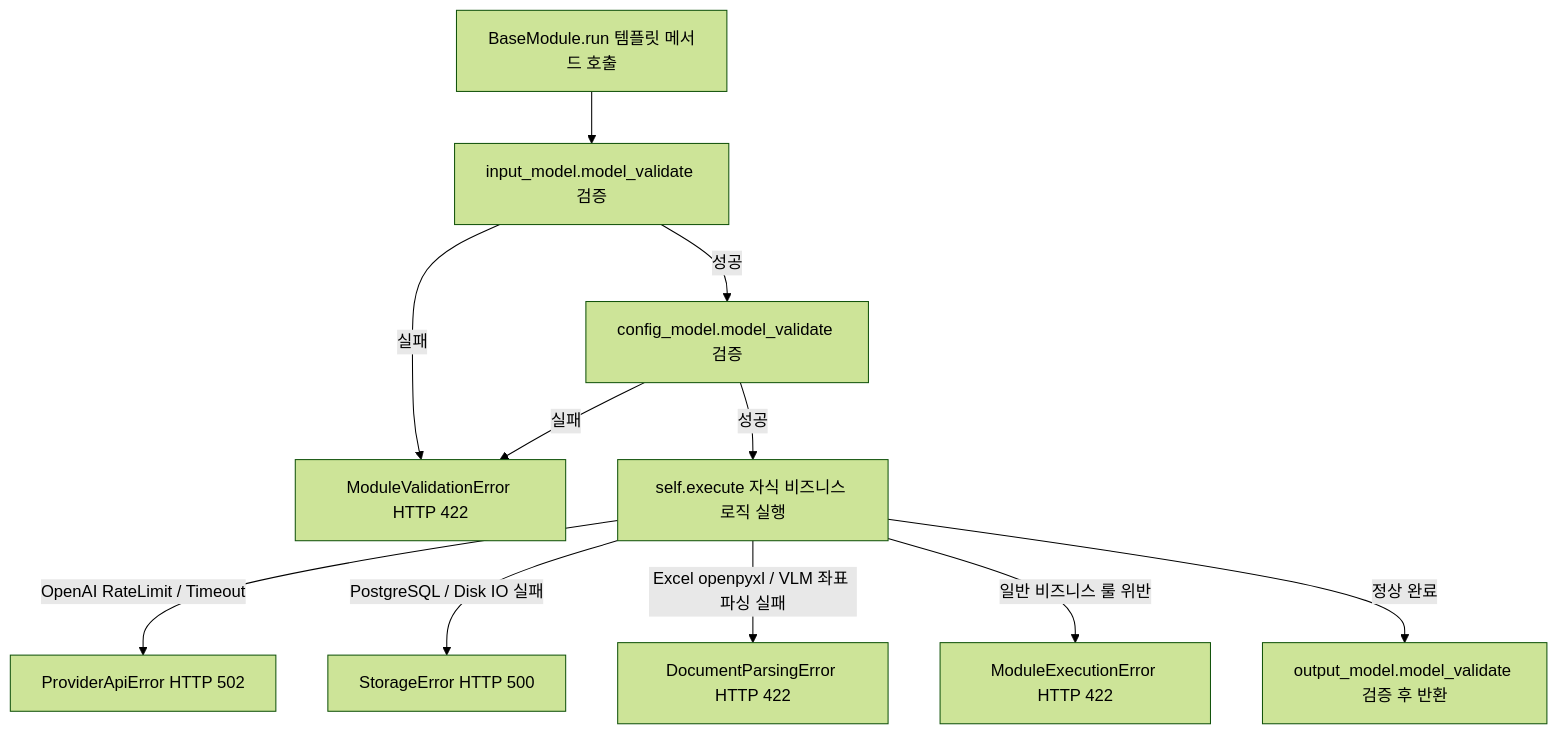
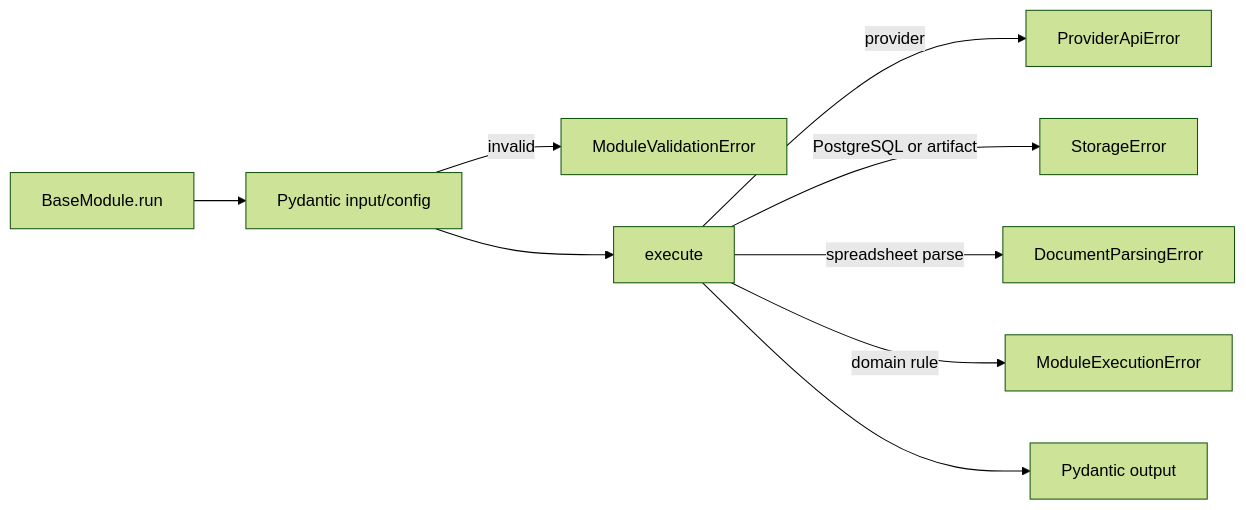
One commit to bist-mini-final/bist-mini-final changed the second of 2 diagrams in docs/MODULE_HIERARCHY_ARCHITECTURE.md. Above: the diagram before and after it, drawn with Mermaid (forest theme). The commit also changed other lines of this file and 247 other files, not shown here.

Commit message:
refactor: restructure backend BI architecture, centralize API contracts, and modernize worker management systems

````diff
--- a/docs/MODULE_HIERARCHY_ARCHITECTURE.md
+++ b/docs/MODULE_HIERARCHY_ARCHITECTURE.md
@@ -165,14 +84,11 @@
 ```mermaid
-graph TD
-    A[BaseModule.run 템플릿 메서드 호출] --> B[input_model.model_validate 검증]
-    B -- 실패 --> V[ModuleValidationError HTTP 422]
-    B -- 성공 --> C[config_model.model_validate 검증]
-    C -- 실패 --> V
-    C -- 성공 --> D[self.execute 자식 비즈니스 로직 실행]
-    
-    D -- OpenAI RateLimit / Timeout --> P[ProviderApiError HTTP 502]
-    D -- PostgreSQL / Disk IO 실패 --> S[StorageError HTTP 500]
-    D -- Excel openpyxl / VLM 좌표 파싱 실패 --> E[DocumentParsingError HTTP 422]
-    D -- 일반 비즈니스 룰 위반 --> M[ModuleExecutionError HTTP 422]
-    D -- 정상 완료 --> R[output_model.model_validate 검증 후 반환]
+flowchart LR
+    A[BaseModule.run] --> B[Pydantic input/config]
+    B -->|invalid| V[ModuleValidationError]
+    B --> C[execute]
+    C -->|provider| P[ProviderApiError]
+    C -->|PostgreSQL or artifact| S[StorageError]
+    C -->|spreadsheet parse| D[DocumentParsingError]
+    C -->|domain rule| M[ModuleExecutionError]
+    C --> O[Pydantic output]
 ```
````
